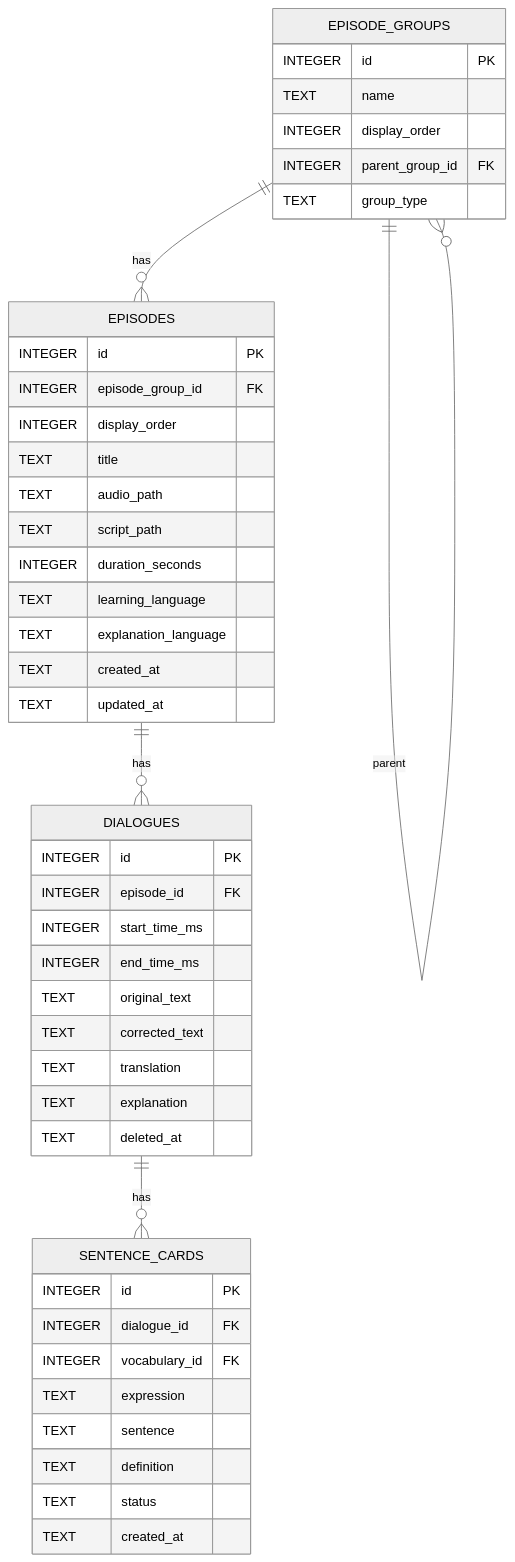
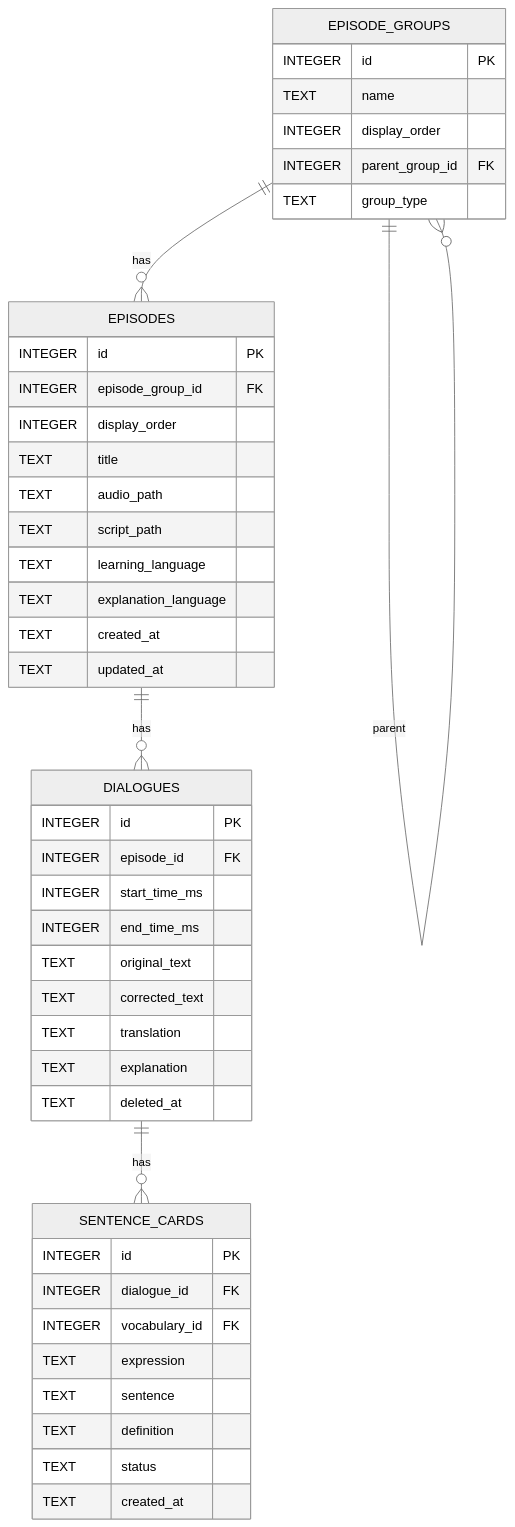
One commit to k5n/kotonoha changed the second of 2 diagrams in doc/technical_specifications.md. Above: the diagram before and after it, drawn with Mermaid (neutral theme). The commit also changed other lines of this file and 3 other files, not shown here.

Commit message:
refactor: remove duration_seconds field from episode data model and database schema

````diff
--- a/doc/technical_specifications.md
+++ b/doc/technical_specifications.md
@@ -159,49 +159,48 @@
 ```mermaid
 erDiagram
     EPISODE_GROUPS {
         INTEGER id PK
         TEXT name
         INTEGER display_order
         INTEGER parent_group_id FK
         TEXT group_type
     }
     EPISODES {
         INTEGER id PK
         INTEGER episode_group_id FK
         INTEGER display_order
         TEXT title
         TEXT audio_path
         TEXT script_path
-        INTEGER duration_seconds
         TEXT learning_language
         TEXT explanation_language
         TEXT created_at
         TEXT updated_at
     }
     DIALOGUES {
         INTEGER id PK
         INTEGER episode_id FK
         INTEGER start_time_ms
         INTEGER end_time_ms
         TEXT original_text
         TEXT corrected_text
         TEXT translation
         TEXT explanation
         TEXT deleted_at
     }
     SENTENCE_CARDS {
         INTEGER id PK
         INTEGER dialogue_id FK
         INTEGER vocabulary_id FK
         TEXT expression
         TEXT sentence
         TEXT definition
         TEXT status
         TEXT created_at
     }
 
     EPISODE_GROUPS ||--o{ EPISODE_GROUPS : "parent"
     EPISODE_GROUPS ||--o{ EPISODES : "has"
     EPISODES ||--o{ DIALOGUES : "has"
     DIALOGUES ||--o{ SENTENCE_CARDS : "has"
 ```
````
